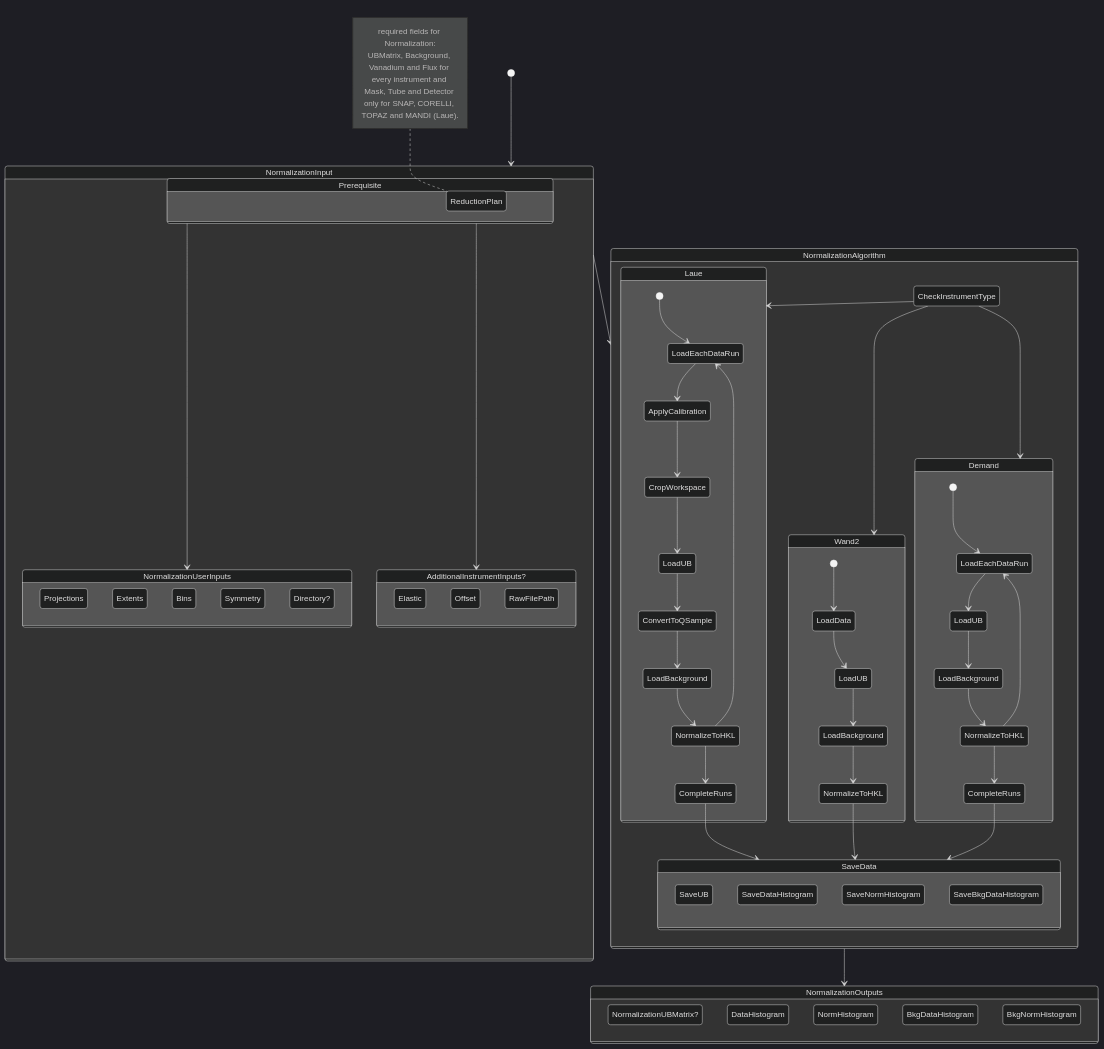
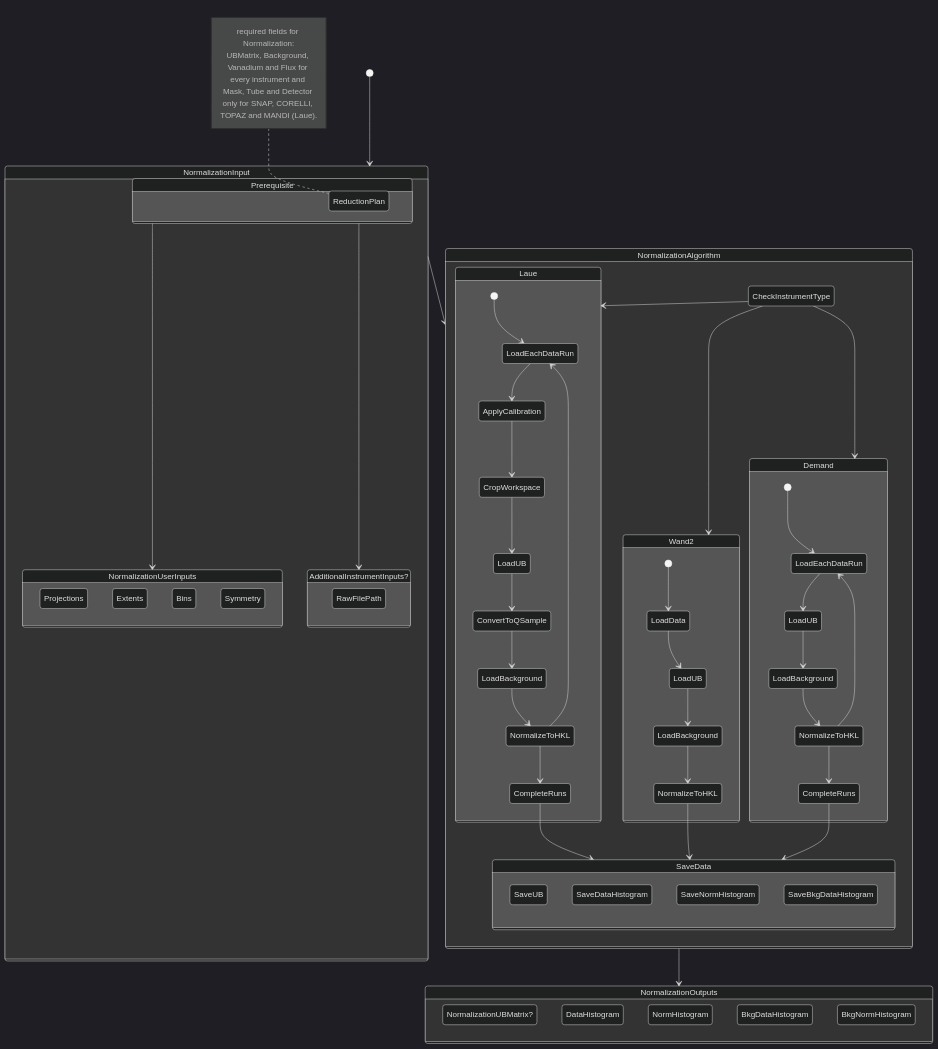
One commit to neutrons/garnet changed the diagram in docs/source/design/normalization_algo.rst. Above: the diagram before and after it, drawn with Mermaid (dark theme). The commit also changed other lines of this file, not shown here.

Commit message:
algo updates

```diff
--- a/docs/source/design/normalization_algo.rst
+++ b/docs/source/design/normalization_algo.rst
@@ -28,11 +28,8 @@
                 Extents
                 Bins
                 Symmetry
-                Directory?                       
             }
             state AdditionalInstrumentInputs?{
-                Elastic
-                Offset
                 RawFilePath
             }
         }
```
